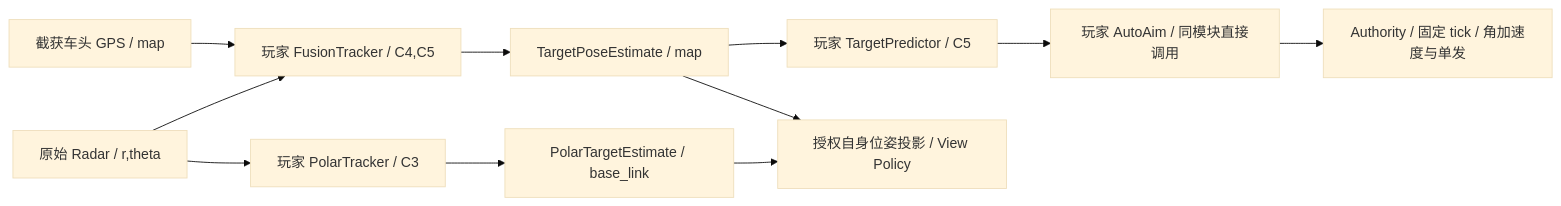
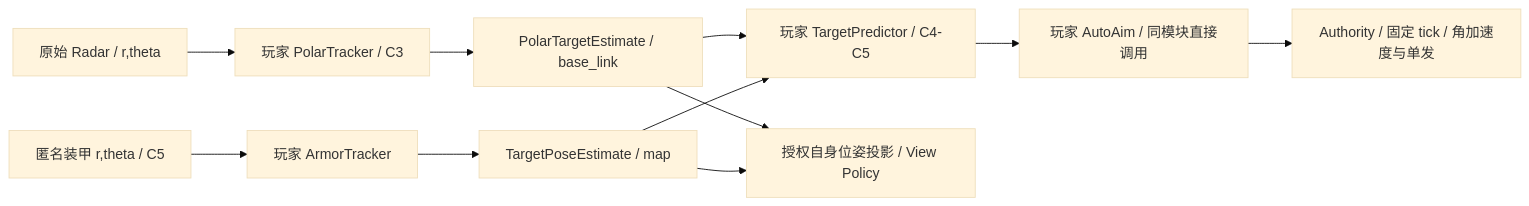
Before and after one commit to Yangyongyu0506/TankBot: the diagram in docs/26_MODULE_GRAPH_AND_WEAPONS_CHAPTER.md, drawn with Mermaid (base theme). The commit also changed other lines of this file and 53 other files, not shown here.

````diff
--- a/docs/26_MODULE_GRAPH_AND_WEAPONS_CHAPTER.md
+++ b/docs/26_MODULE_GRAPH_AND_WEAPONS_CHAPTER.md
@@ -26,13 +26,13 @@
 ```mermaid
 flowchart LR
     R[原始 Radar / r,theta] --> E[玩家 PolarTracker / C3]
     E --> RT[PolarTargetEstimate / base_link]
-    R --> F[玩家 FusionTracker / C4,C5]
-    G[截获车头 GPS / map] --> F
-    F --> TP[TargetPoseEstimate / map]
-    TP --> P[玩家 TargetPredictor / C5]
+    RT --> P[玩家 TargetPredictor / C4-C5]
+    D[匿名装甲 r,theta / C5] --> AT[玩家 ArmorTracker]
+    AT --> TP[TargetPoseEstimate / map]
+    TP --> P
     P --> C[玩家 AutoAim / 同模块直接调用]
     C --> A[Authority / 固定 tick / 角加速度与单发]
     RT --> V[授权自身位姿投影 / View Policy]
     TP --> V
 ```
````
